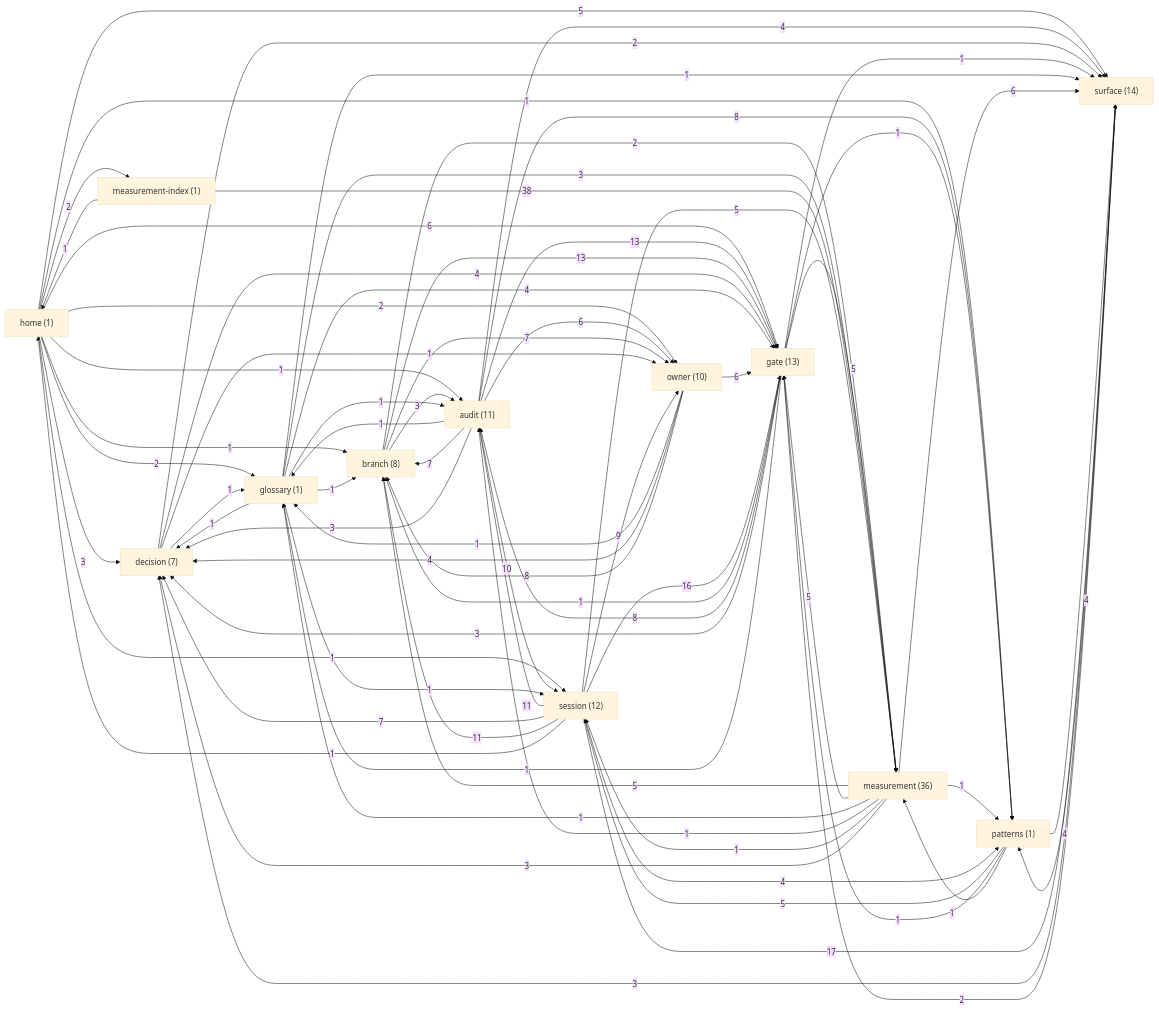
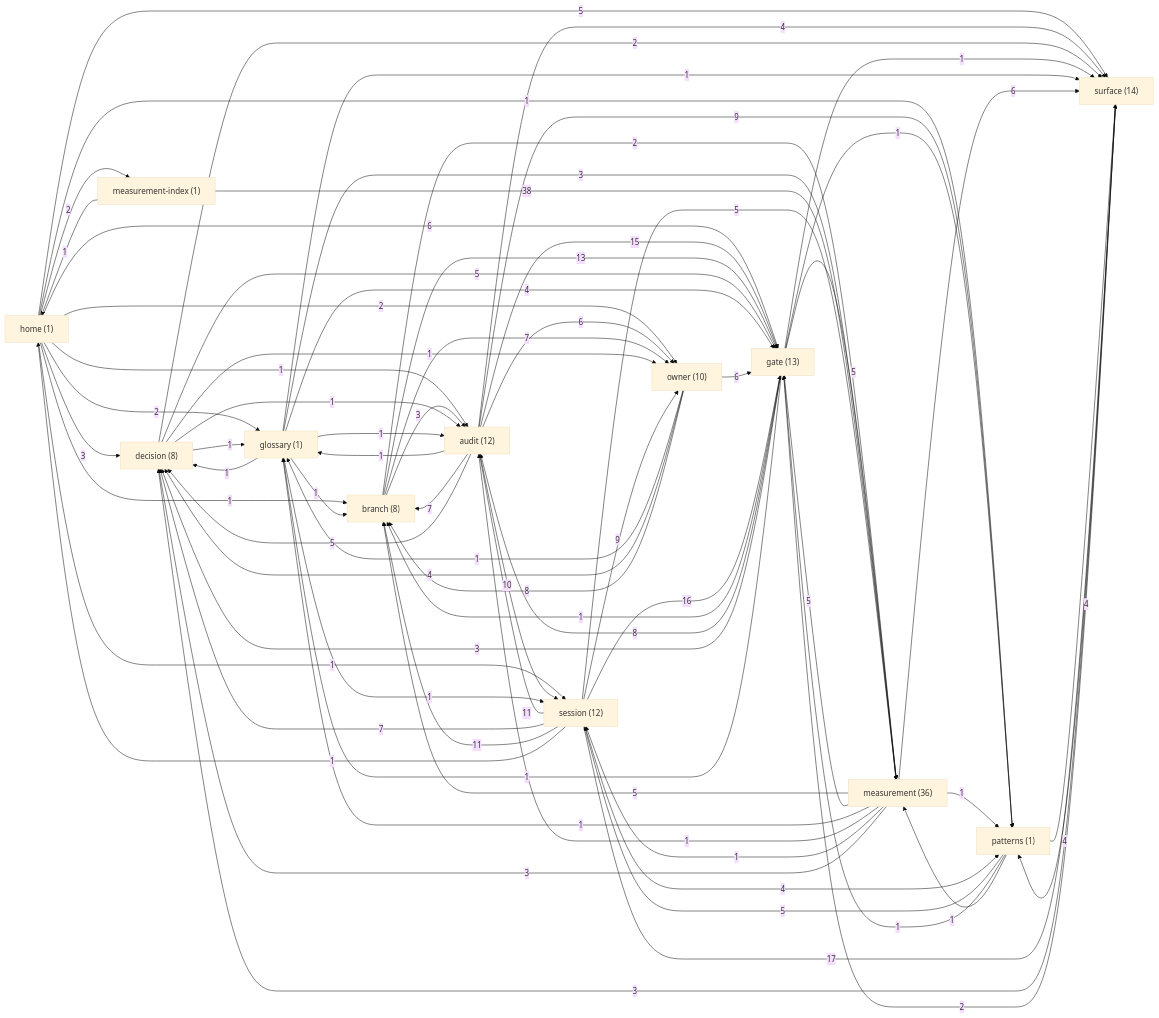
Before and after one commit to sergey9519546/STORYMACHINE: the diagram in docs/brain/GRAPH.md, drawn with Mermaid (base theme). The commit also changed other lines of this file and 4 other files, not shown here.

First line of the commit message:
docs(audit): the necessity lane report + brain notes for the audit and Decision #8

````diff
--- a/docs/brain/GRAPH.md
+++ b/docs/brain/GRAPH.md
@@ -9,9 +9,9 @@
 ```mermaid
 graph LR
   home["home (1)"]
-  audit["audit (11)"]
+  audit["audit (12)"]
   branch["branch (8)"]
-  decision["decision (7)"]
+  decision["decision (8)"]
   gate["gate (13)"]
   glossary["glossary (1)"]
   measurement["measurement (36)"]
@@ -33,9 +33,9 @@
   audit -->|1| glossary
   audit -->|10| session
   audit -->|7| branch
-  audit -->|13| gate
-  audit -->|3| decision
-  audit -->|8| patterns
+  audit -->|15| gate
+  audit -->|5| decision
+  audit -->|9| patterns
   audit -->|6| owner
   audit -->|4| surface
   branch -->|3| audit
@@ -43,9 +43,10 @@
   branch -->|13| gate
   branch -->|2| measurement
   decision -->|1| glossary
-  decision -->|4| gate
+  decision -->|5| gate
   decision -->|2| surface
   decision -->|1| owner
+  decision -->|1| audit
   gate -->|1| branch
   gate -->|8| audit
   gate -->|3| decision
````
